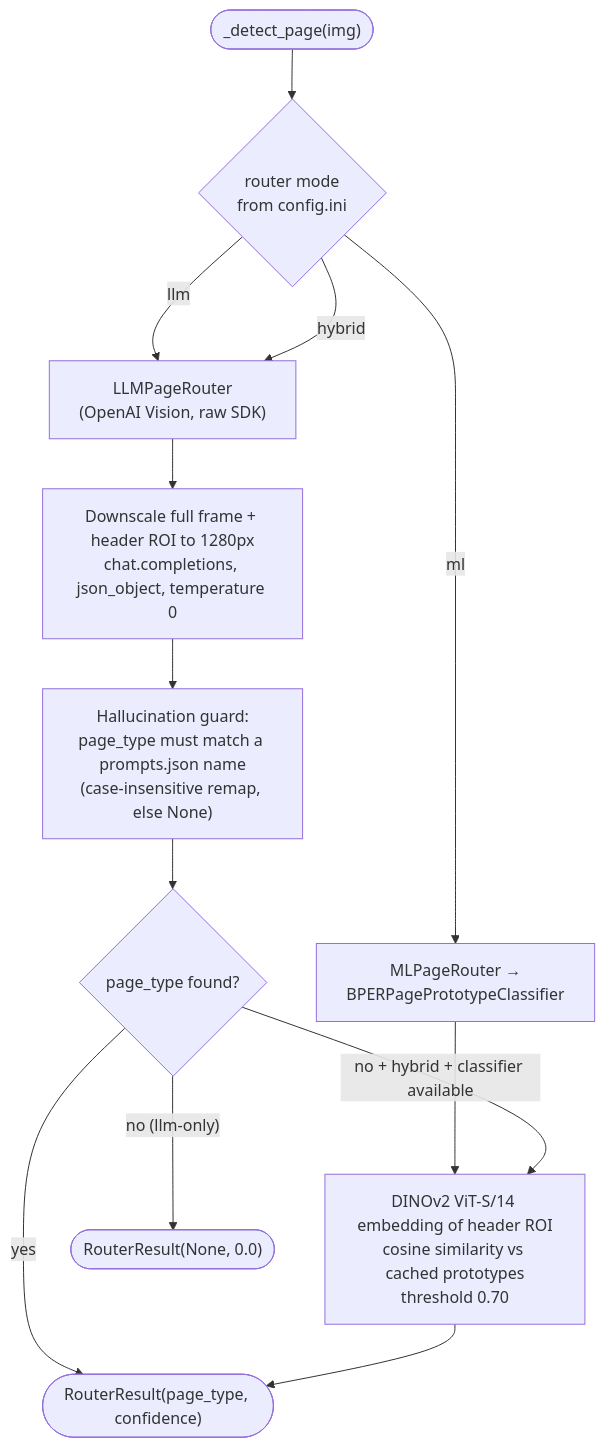
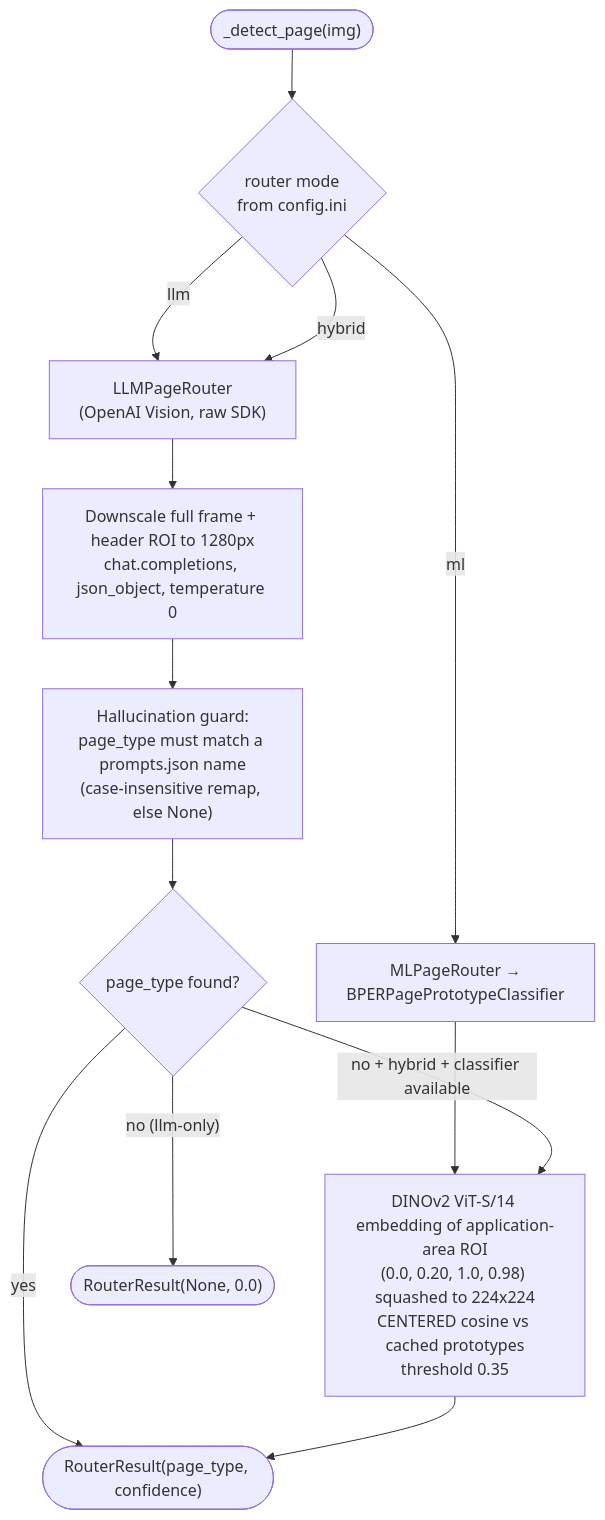
The seventh of 7 diagrams in .codebase-map/05-workflows.md (acaprino/MOL-BPER-OCR), drawn with Mermaid before and after one commit. The commit also changed other lines of this file and 31 other files, not shown here.

````diff
--- a/.codebase-map/05-workflows.md
+++ b/.codebase-map/05-workflows.md
@@ -287,15 +287,15 @@
 ```mermaid
 flowchart TD
     Start(["_detect_page(img)"]) --> Mode{"router mode<br/>from config.ini"}
     Mode -->|ml| ML["MLPageRouter →<br/>BPERPagePrototypeClassifier"]
     Mode -->|llm| LLM["LLMPageRouter<br/>(OpenAI Vision, raw SDK)"]
     Mode -->|hybrid| LLM
-    ML --> MLClass["DINOv2 ViT-S/14 embedding of header ROI<br/>cosine similarity vs cached prototypes<br/>threshold 0.70"]
+    ML --> MLClass["DINOv2 ViT-S/14 embedding of application-area ROI<br/>(0.0, 0.20, 1.0, 0.98) squashed to 224x224<br/>CENTERED cosine vs cached prototypes<br/>threshold 0.35"]
     LLM --> LLMCall["Downscale full frame + header ROI to 1280px<br/>chat.completions, json_object, temperature 0"]
     LLMCall --> Validate["Hallucination guard:<br/>page_type must match a prompts.json name<br/>(case-insensitive remap, else None)"]
     Validate --> Res{"page_type found?"}
     Res -->|yes| Return(["RouterResult(page_type, confidence)"])
     Res -->|"no + hybrid + classifier available"| MLClass
     Res -->|"no (llm-only)"| Null(["RouterResult(None, 0.0)"])
     MLClass --> Return
 ```
````
